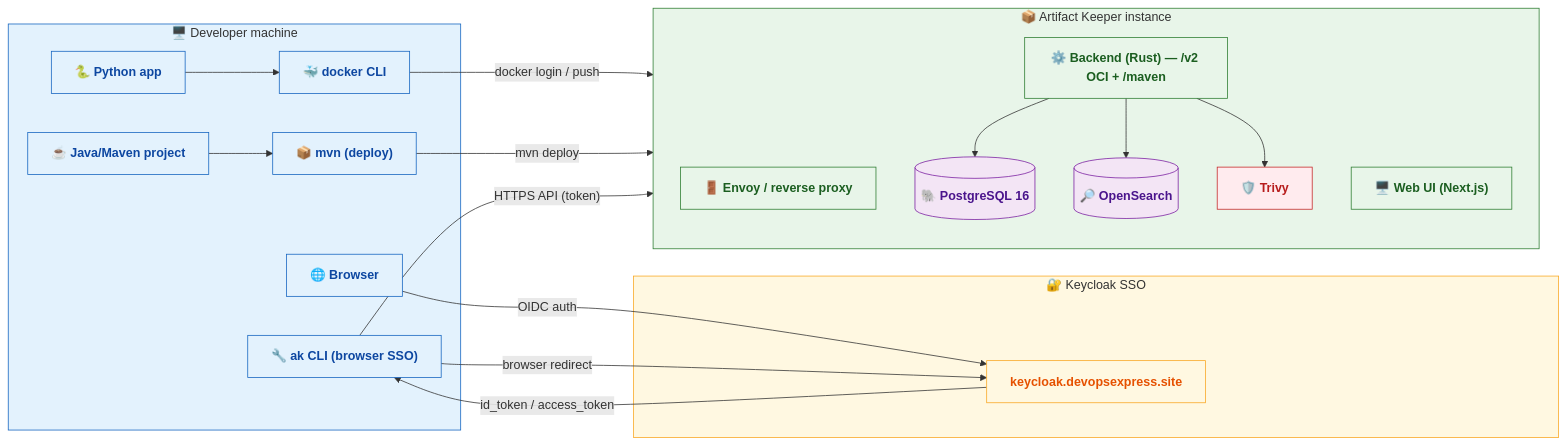
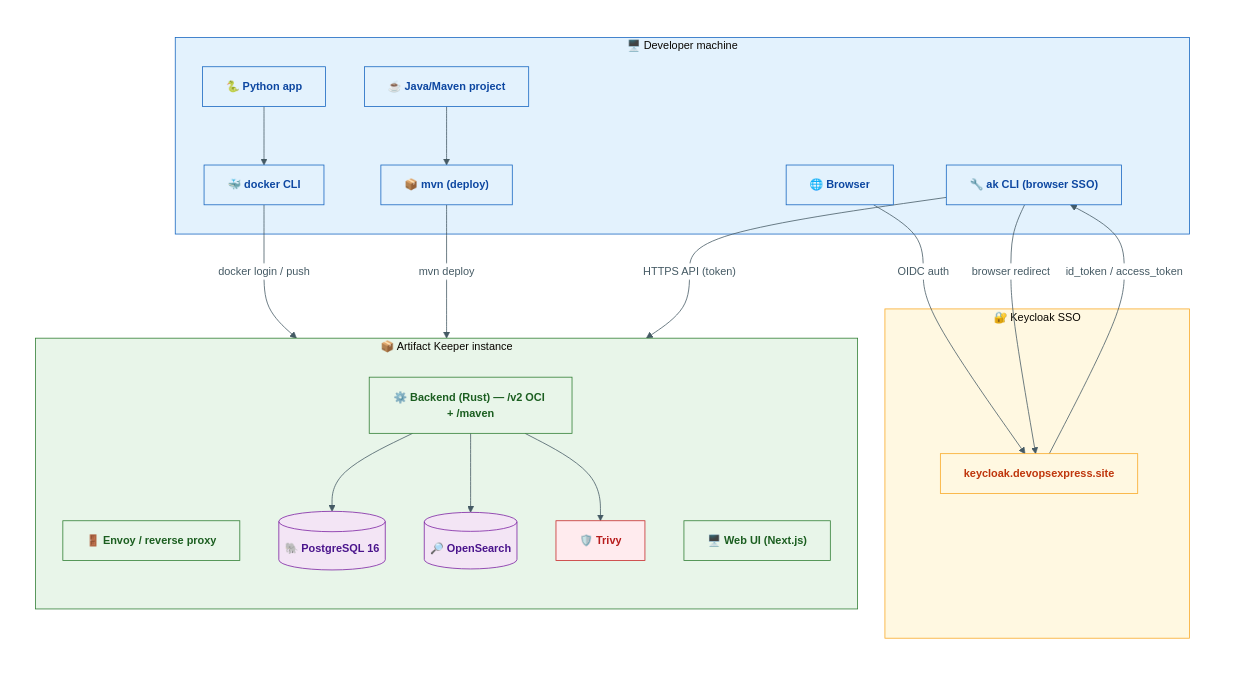
One commit to Orpere/artifactory-keeper-demo changed the diagram in README.md. Above: the diagram before and after it, drawn with Mermaid. The commit also changed 3 other files, not shown here.

First line of the commit message:
Guarantee diagram visibility on any canvas (light/dark mode)

````diff
--- a/README.md
+++ b/README.md
@@ -52,47 +52,53 @@
 ```mermaid
+%%{init: {'theme':'base', 'themeVariables': {'background':'#FFFFFF', 'lineColor':'#455A64', 'textColor':'#263238', 'edgeLabelBackground':'#FFFFFF', 'fontSize':'14px'}}}%%
 flowchart LR
     classDef client  fill:#E3F2FD,stroke:#1565C0,color:#0D47A1,font-weight:bold
-    classDef identity fill:#FFF8E1,stroke:#F9A825,color:#E65100,font-weight:bold
+    classDef identity fill:#FFF8E1,stroke:#F9A825,color:#BF360C,font-weight:bold
     classDef registry fill:#E8F5E9,stroke:#2E7D32,color:#1B5E20,font-weight:bold
     classDef storage  fill:#F3E5F5,stroke:#7B1FA2,color:#4A148C,font-weight:bold
     classDef security fill:#FFEBEE,stroke:#C62828,color:#B71C1C,font-weight:bold
 
-    subgraph DEV["🖥️ Developer machine"]
+    subgraph W[" "]
+        subgraph DEV["🖥️ Developer machine"]
         P["🐍 Python app"] --> D["🐳 docker CLI"]
         J["☕ Java/Maven project"] --> MVN["📦 mvn (deploy)"]
         AK["🔧 ak CLI (browser SSO)"]
         BR["🌐 Browser"]
     end
 
     subgraph SSO["🔐 Keycloak SSO"]
         KC["keycloak.devopsexpress.site"]
     end
 
     subgraph AKI["📦 Artifact Keeper instance"]
         direction TB
         GW["🚪 Envoy / reverse proxy"]
         BE["⚙️ Backend (Rust) — /v2 OCI + /maven"]
         UI["🖥️ Web UI (Next.js)"]
         PG[("🐘 PostgreSQL 16")]
         OS[("🔎 OpenSearch")]
         TR["🛡️ Trivy"]
         BE --> PG & OS & TR
     end
 
     D -->|"docker login / push"| GW
     MVN -->|"mvn deploy"| GW
     AK -->|"HTTPS API (token)"| GW
     BR -->|"OIDC auth"| KC
     AK -->|"browser redirect"| KC
     KC -->|"id_token / access_token"| AK
+    end
 
+    style W fill:#FFFFFF,stroke:none
     style DEV fill:#E3F2FD,stroke:#1565C0
     style SSO fill:#FFF8E1,stroke:#F9A825
     style AKI fill:#E8F5E9,stroke:#2E7D32
 
     class P,D,J,MVN,AK,BR client
     class KC identity
     class GW,BE,UI registry
     class PG,OS storage
     class TR security
+
+    linkStyle default stroke:#455A64,color:#455A64
 ```
````
